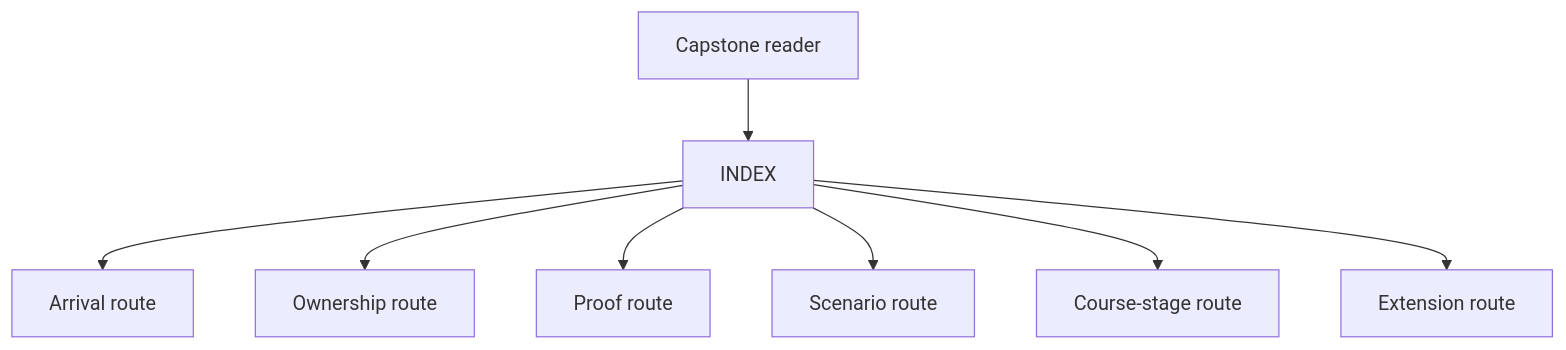
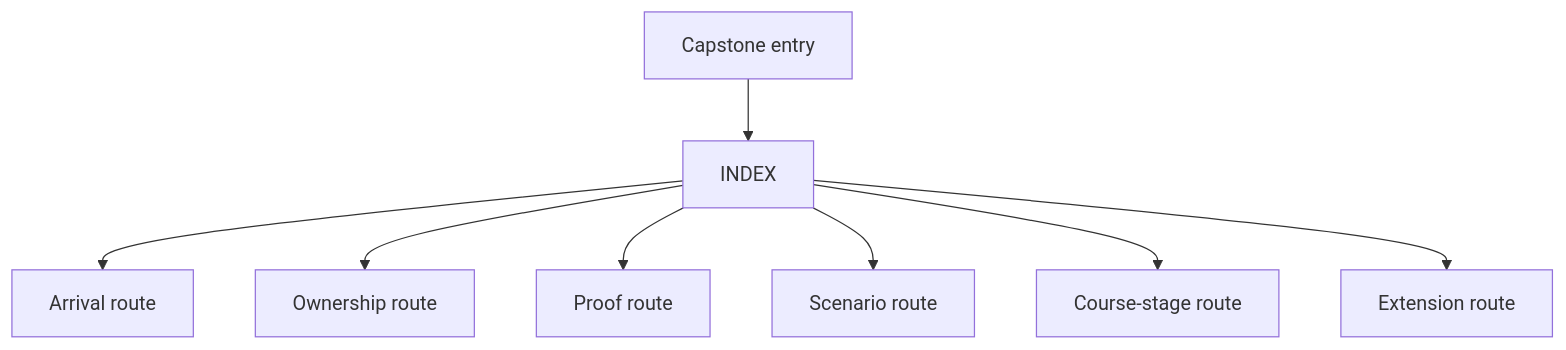
The first of 2 diagrams in programs/python-programming/python-object-oriented-programming/capstone/docs/index.md (bijux/bijux-masterclass), drawn with Mermaid before and after one commit. The commit also changed 7 other files, not shown here.

````diff
--- a/programs/python-programming/python-object-oriented-programming/capstone/docs/index.md
+++ b/programs/python-programming/python-object-oriented-programming/capstone/docs/index.md
@@ -3,10 +3,10 @@
 ```mermaid
 flowchart TD
-  reader["Capstone reader"] --> index["INDEX"]
+  entry["Capstone entry"] --> index["INDEX"]
   index --> arrival["Arrival route"]
   index --> ownership["Ownership route"]
   index --> proof["Proof route"]
   index --> scenario["Scenario route"]
   index --> course["Course-stage route"]
   index --> change["Extension route"]
 ```
````
